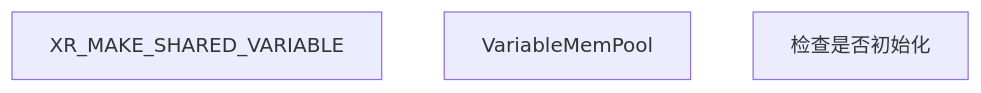
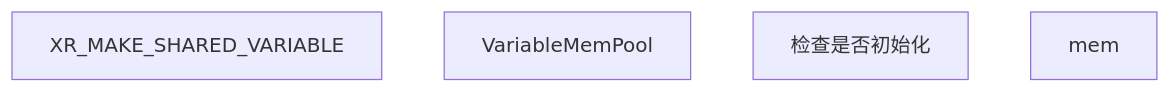
One commit to huzixuan1/iodraw-files changed the diagram in all/未命名-5.md. Above: the diagram before and after it, drawn with Mermaid.

Commit message:
2025-05-21 16:49:26 update

````diff
--- a/all/未命名-5.md
+++ b/all/未命名-5.md
@@ -1,7 +1,7 @@
 ```mermaid
 graph TD
     A[XR_MAKE_SHARED_VARIABLE]
     B[VariableMemPool]
     C[检查是否初始化]
-    
+    D[mem]
 ```
````
